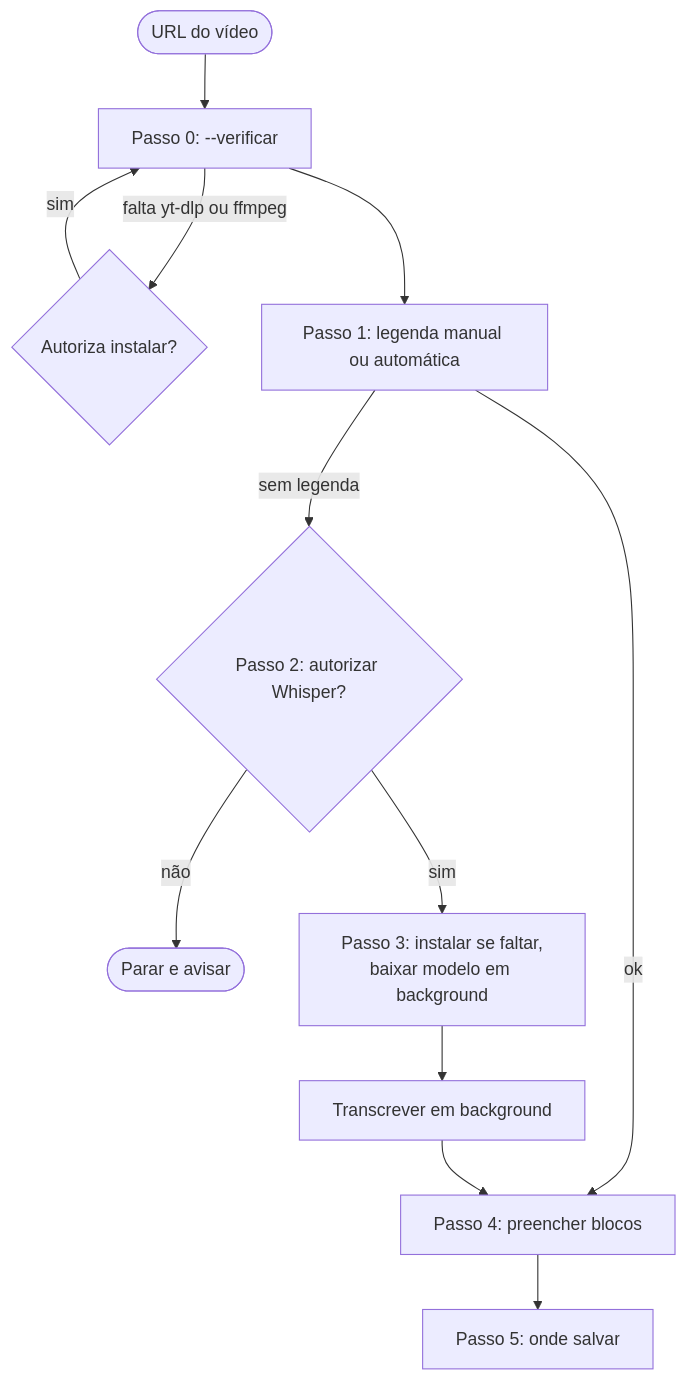
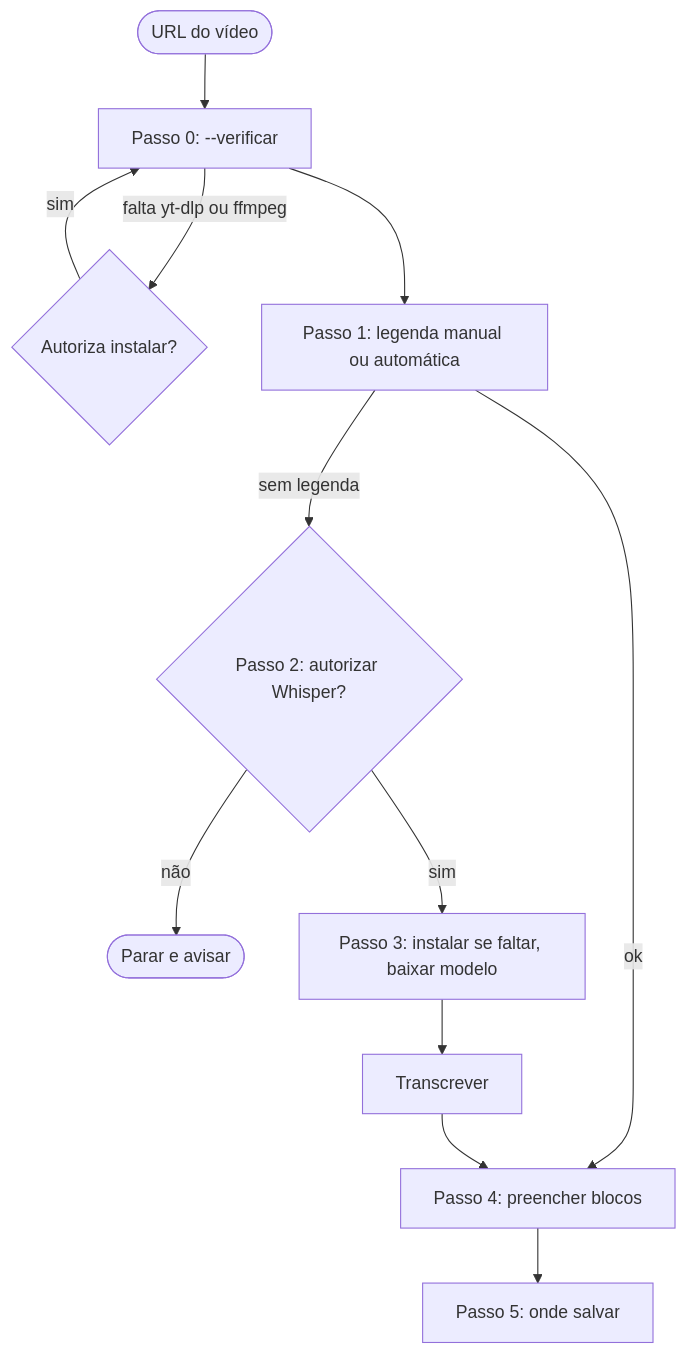
Before and after one commit to edmaker89/transcriptor-yt: the diagram in SKILL.md, drawn with Mermaid. The commit also changed other lines of this file, not shown here.

````diff
--- a/SKILL.md
+++ b/SKILL.md
@@ -19,14 +19,14 @@
 ```mermaid
 flowchart TD
     A([URL do vídeo]) --> V["Passo 0: --verificar"]
     V -->|falta yt-dlp ou ffmpeg| X0{"Autoriza instalar?"}
     X0 -->|sim| V
     V --> B["Passo 1: legenda manual ou automática"]
     B -->|ok| D["Passo 4: preencher blocos"]
     B -->|sem legenda| W{"Passo 2: autorizar Whisper?"}
     W -->|não| X1([Parar e avisar])
-    W -->|sim| P["Passo 3: instalar se faltar,<br/>baixar modelo em background"]
-    P --> T["Transcrever em background"]
+    W -->|sim| P["Passo 3: instalar se faltar, baixar modelo"]
+    P --> T["Transcrever"]
     T --> D
     D --> E["Passo 5: onde salvar"]
 ```
````
